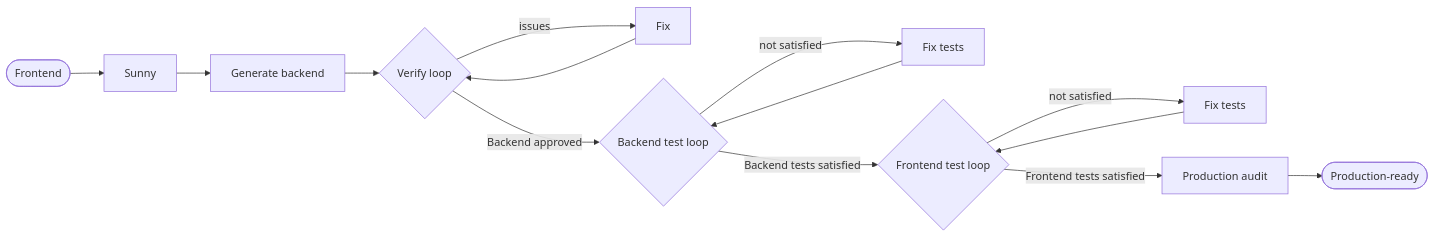
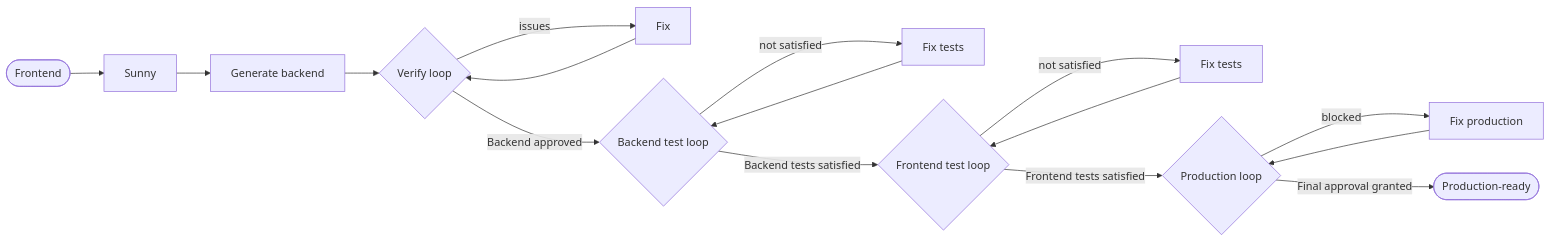
One commit to priyam-qo-box/agents changed the diagram in README.md. Above: the diagram before and after it, drawn with Mermaid. The commit also changed other lines of this file and 7 other files, not shown here.

First line of the commit message:
Enhance documentation for production audit and remediation processes

````diff
--- a/README.md
+++ b/README.md
@@ -76,13 +78,14 @@
 ```mermaid
 flowchart LR
     FE([Frontend]) --> S[Sunny]
     S --> GEN[Generate backend]
     GEN --> VL{Verify loop}
     VL -->|issues| FIX[Fix] --> VL
     VL -->|"Backend approved"| BTL{Backend test loop}
     BTL -->|"not satisfied"| BFIX[Fix tests] --> BTL
     BTL -->|"Backend tests satisfied"| FTL{Frontend test loop}
     FTL -->|"not satisfied"| FFIX[Fix tests] --> FTL
-    FTL -->|"Frontend tests satisfied"| PROD[Production audit]
-    PROD --> DONE([Production-ready])
+    FTL -->|"Frontend tests satisfied"| PL{Production loop}
+    PL -->|"blocked"| PFIX[Fix production] --> PL
+    PL -->|"Final approval granted"| DONE([Production-ready])
 ```
````
